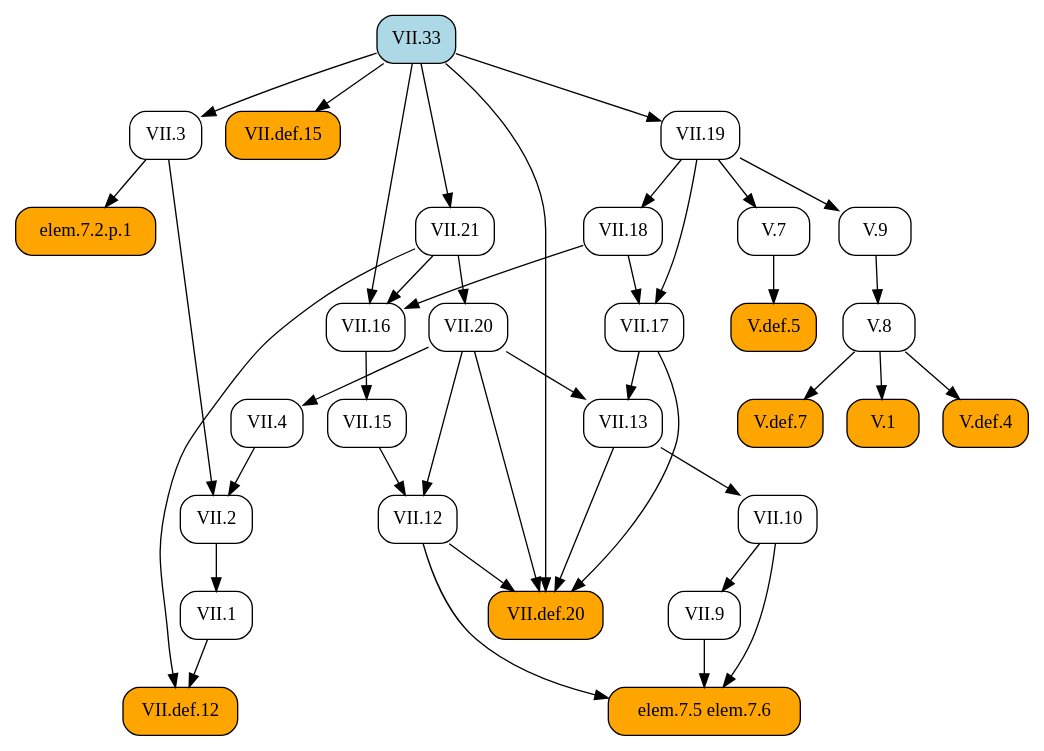
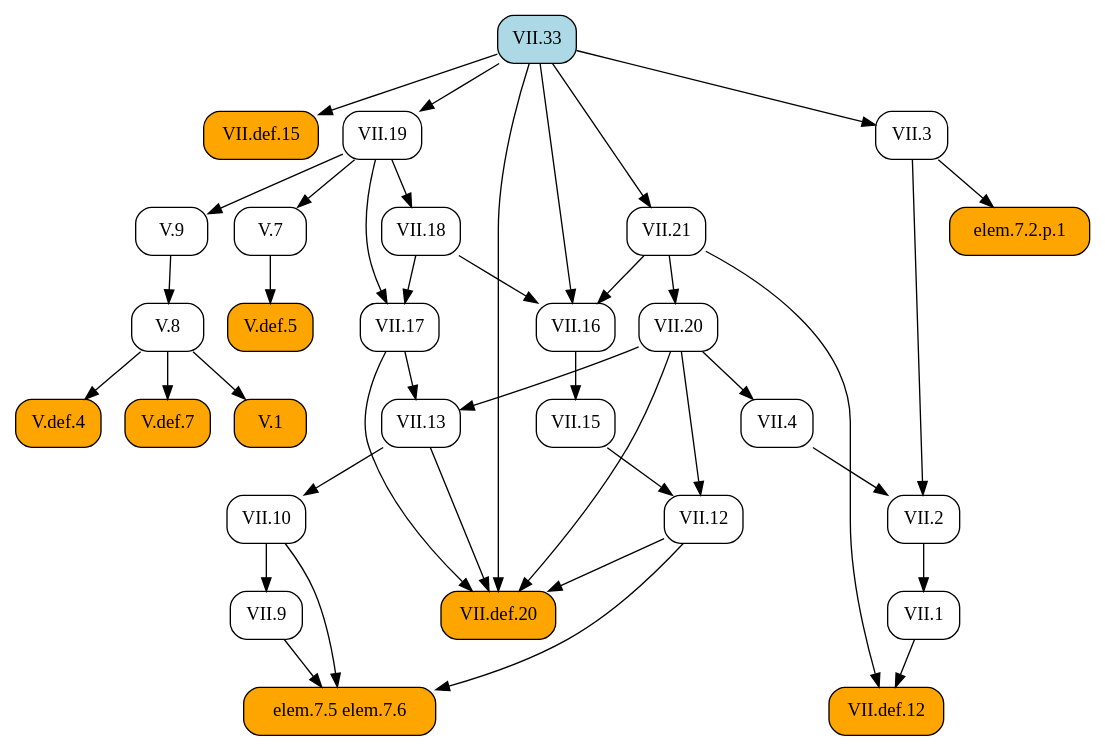
Before and after one commit to geometor/elements: the diagram in docsrc/heath/VII/33/index.rst, drawn with Graphviz. The commit also changed other lines of this file and 1029 other files, not shown here.

```diff
--- a/docsrc/heath/VII/33/index.rst
+++ b/docsrc/heath/VII/33/index.rst
@@ -66,74 +66,74 @@
 .. graphviz::
 
    digraph {
      rankdir="TB";
      node [shape=box, style=rounded];
+     "VII.def.12" [style="rounded,filled", fillcolor=orange, URL="/heath/VII/def.12/", target="_top"];
+     "V.8" [URL="/heath/V/8/", target="_top"];
+     "VII.33" [style="rounded,filled", fillcolor=lightblue, URL="/heath/VII/33/", target="_top"];
+     "VII.1" [URL="/heath/VII/1/", target="_top"];
+     "elem.7.2.p.1" [style="rounded,filled", fillcolor=orange];
+     "VII.10" [URL="/heath/VII/10/", target="_top"];
+     "VII.9" [URL="/heath/VII/9/", target="_top"];
+     "VII.def.15" [style="rounded,filled", fillcolor=orange, URL="/heath/VII/def.15/", target="_top"];
+     "V.def.5" [style="rounded,filled", fillcolor=orange, URL="/heath/V/def.5/", target="_top"];
+     "VII.19" [URL="/heath/VII/19/", target="_top"];
+     "VII.18" [URL="/heath/VII/18/", target="_top"];
+     "VII.16" [URL="/heath/VII/16/", target="_top"];
+     "VII.4" [URL="/heath/VII/4/", target="_top"];
+     "VII.21" [URL="/heath/VII/21/", target="_top"];
      "V.1" [style="rounded,filled", fillcolor=orange, URL="/heath/V/1/", target="_top"];
-     "VII.20" [URL="/heath/VII/20/", target="_top"];
-     "VII.12" [URL="/heath/VII/12/", target="_top"];
-     "VII.9" [URL="/heath/VII/9/", target="_top"];
-     "VII.16" [URL="/heath/VII/16/", target="_top"];
-     "VII.13" [URL="/heath/VII/13/", target="_top"];
-     "V.def.4" [style="rounded,filled", fillcolor=orange, URL="/heath/V/def.4/", target="_top"];
-     "VII.def.15" [style="rounded,filled", fillcolor=orange, URL="/heath/VII/def.15/", target="_top"];
-     "VII.18" [URL="/heath/VII/18/", target="_top"];
-     "V.8" [URL="/heath/V/8/", target="_top"];
-     "VII.21" [URL="/heath/VII/21/", target="_top"];
-     "V.7" [URL="/heath/V/7/", target="_top"];
-     "VII.19" [URL="/heath/VII/19/", target="_top"];
-     "VII.15" [URL="/heath/VII/15/", target="_top"];
-     "VII.def.12" [style="rounded,filled", fillcolor=orange, URL="/heath/VII/def.12/", target="_top"];
-     "VII.4" [URL="/heath/VII/4/", target="_top"];
-     "elem.7.2.p.1" [style="rounded,filled", fillcolor=orange];
-     "V.9" [URL="/heath/V/9/", target="_top"];
-     "VII.2" [URL="/heath/VII/2/", target="_top"];
-     "VII.def.20" [style="rounded,filled", fillcolor=orange, URL="/heath/VII/def.20/", target="_top"];
+     "VII.17" [URL="/heath/VII/17/", target="_top"];
      "VII.3" [URL="/heath/VII/3/", target="_top"];
      "elem.7.5 elem.7.6" [style="rounded,filled", fillcolor=orange];
-     "VII.1" [URL="/heath/VII/1/", target="_top"];
-     "VII.10" [URL="/heath/VII/10/", target="_top"];
+     "VII.20" [URL="/heath/VII/20/", target="_top"];
+     "V.7" [URL="/heath/V/7/", target="_top"];
+     "V.9" [URL="/heath/V/9/", target="_top"];
+     "V.def.4" [style="rounded,filled", fillcolor=orange, URL="/heath/V/def.4/", target="_top"];
+     "VII.2" [URL="/heath/VII/2/", target="_top"];
+     "VII.13" [URL="/heath/VII/13/", target="_top"];
      "V.def.7" [style="rounded,filled", fillcolor=orange, URL="/heath/V/def.7/", target="_top"];
-     "VII.33" [style="rounded,filled", fillcolor=lightblue, URL="/heath/VII/33/", target="_top"];
-     "V.def.5" [style="rounded,filled", fillcolor=orange, URL="/heath/V/def.5/", target="_top"];
-     "VII.17" [URL="/heath/VII/17/", target="_top"];
-     "V.8" -> "V.1";
-     "VII.21" -> "VII.20";
-     "VII.15" -> "VII.12";
-     "VII.20" -> "VII.12";
+     "VII.12" [URL="/heath/VII/12/", target="_top"];
+     "VII.15" [URL="/heath/VII/15/", target="_top"];
+     "VII.def.20" [style="rounded,filled", fillcolor=orange, URL="/heath/VII/def.20/", target="_top"];
+     "VII.1" -> "VII.def.12";
+     "VII.21" -> "VII.def.12";
+     "V.9" -> "V.8";
+     "VII.2" -> "VII.1";
+     "VII.3" -> "elem.7.2.p.1";
+     "VII.13" -> "VII.10";
      "VII.10" -> "VII.9";
+     "VII.33" -> "VII.def.15";
+     "V.7" -> "V.def.5";
+     "VII.33" -> "VII.19";
+     "VII.19" -> "VII.18";
      "VII.18" -> "VII.16";
      "VII.21" -> "VII.16";
      "VII.33" -> "VII.16";
+     "VII.20" -> "VII.4";
+     "VII.33" -> "VII.21";
+     "V.8" -> "V.1";
+     "VII.18" -> "VII.17";
+     "VII.19" -> "VII.17";
+     "VII.33" -> "VII.3";
+     "VII.9" -> "elem.7.5 elem.7.6";
+     "VII.10" -> "elem.7.5 elem.7.6";
+     "VII.12" -> "elem.7.5 elem.7.6";
+     "VII.21" -> "VII.20";
+     "VII.19" -> "V.7";
+     "VII.19" -> "V.9";
+     "V.8" -> "V.def.4";
+     "VII.3" -> "VII.2";
+     "VII.4" -> "VII.2";
      "VII.17" -> "VII.13";
      "VII.20" -> "VII.13";
-     "V.8" -> "V.def.4";
-     "VII.33" -> "VII.def.15";
-     "VII.19" -> "VII.18";
-     "V.9" -> "V.8";
-     "VII.33" -> "VII.21";
-     "VII.19" -> "V.7";
-     "VII.33" -> "VII.19";
+     "V.8" -> "V.def.7";
+     "VII.15" -> "VII.12";
+     "VII.20" -> "VII.12";
      "VII.16" -> "VII.15";
-     "VII.1" -> "VII.def.12";
-     "VII.21" -> "VII.def.12";
-     "VII.20" -> "VII.4";
-     "VII.3" -> "elem.7.2.p.1";
-     "VII.19" -> "V.9";
-     "VII.3" -> "VII.2";
-     "VII.4" -> "VII.2";
      "VII.12" -> "VII.def.20";
      "VII.13" -> "VII.def.20";
      "VII.17" -> "VII.def.20";
      "VII.20" -> "VII.def.20";
      "VII.33" -> "VII.def.20";
-     "VII.33" -> "VII.3";
-     "VII.9" -> "elem.7.5 elem.7.6";
-     "VII.10" -> "elem.7.5 elem.7.6";
-     "VII.12" -> "elem.7.5 elem.7.6";
-     "VII.2" -> "VII.1";
-     "VII.13" -> "VII.10";
-     "V.8" -> "V.def.7";
-     "V.7" -> "V.def.5";
-     "VII.18" -> "VII.17";
-     "VII.19" -> "VII.17";
    }
```
